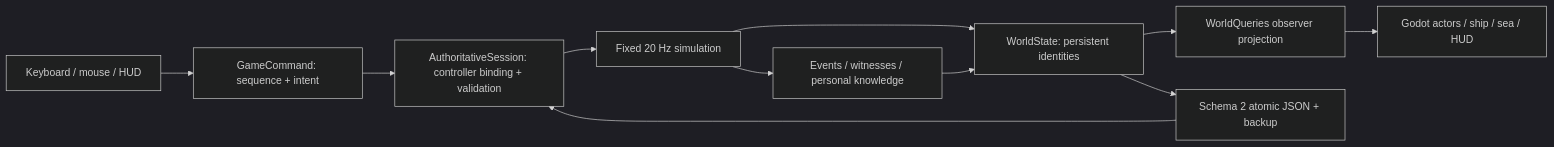
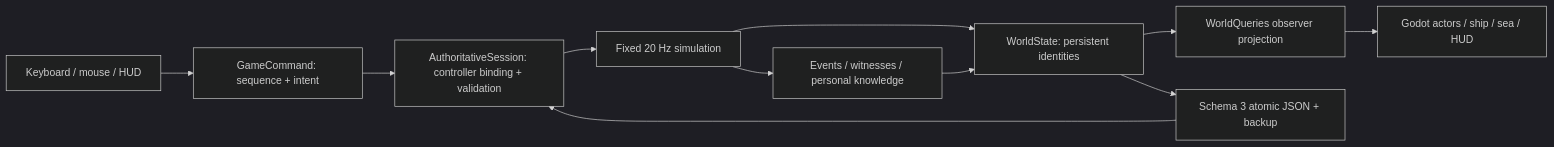
Before and after one commit to mulletbum/Island-Glow: the diagram in docs/ARCHITECTURE.md, drawn with Mermaid (dark theme). The commit also changed other lines of this file and 58 other files, not shown here.

````diff
--- a/docs/ARCHITECTURE.md
+++ b/docs/ARCHITECTURE.md
@@ -7,13 +7,13 @@
 ```mermaid
 flowchart LR
     Input[Keyboard / mouse / HUD] --> Command[GameCommand: sequence + intent]
     Command --> Session[AuthoritativeSession: controller binding + validation]
     Session --> Tick[Fixed 20 Hz simulation]
     Tick --> State[WorldState: persistent identities]
     Tick --> Events[Events / witnesses / personal knowledge]
     Events --> State
     State --> View[WorldQueries observer projection]
     View --> Godot[Godot actors / ship / sea / HUD]
-    State --> Save[Schema 2 atomic JSON + backup]
+    State --> Save[Schema 3 atomic JSON + backup]
     Save --> Session
 ```
````
